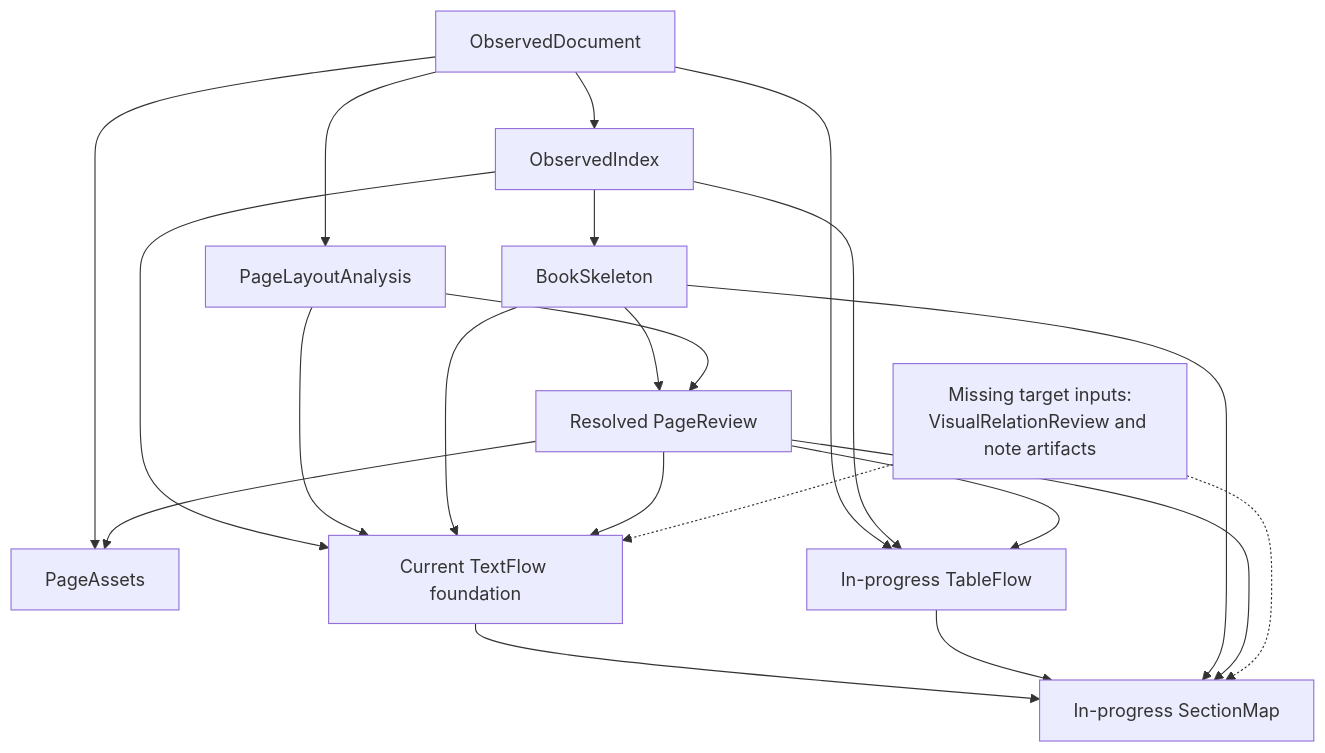
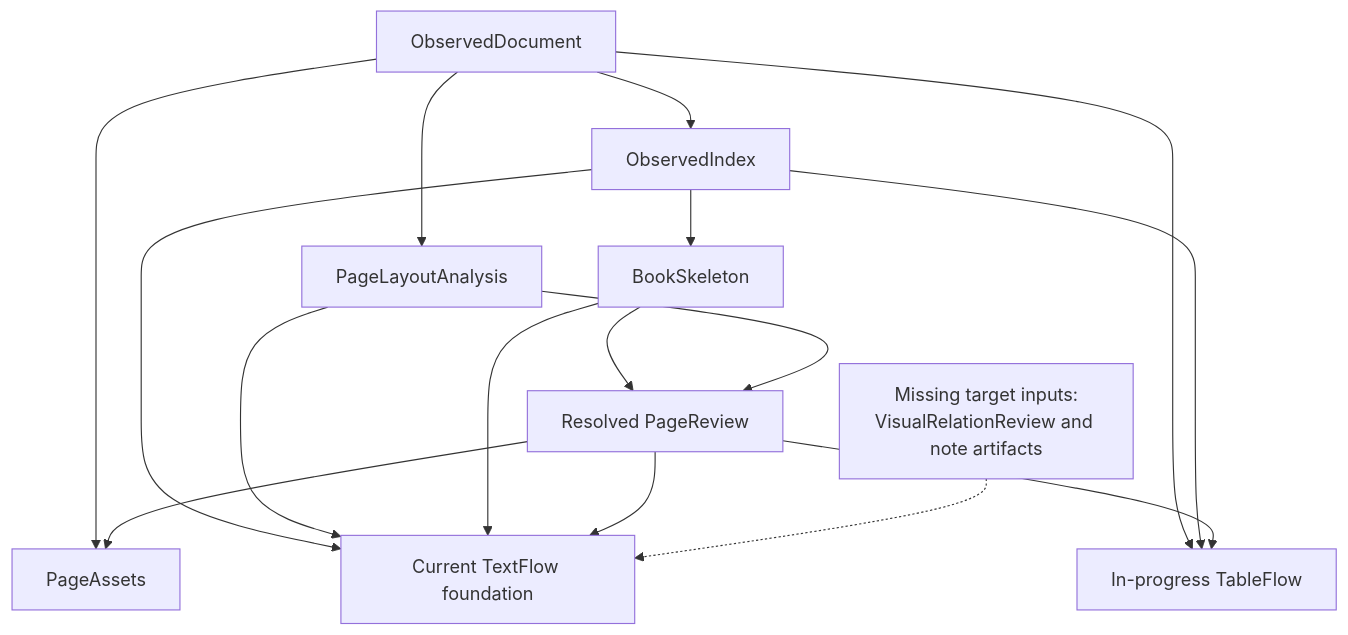
Before and after one commit to jenslewie/inkline: the third of 3 diagrams in docs/architecture.md, drawn with Mermaid. The commit also changed other lines of this file and 44 other files, not shown here.

````diff
--- a/docs/architecture.md
+++ b/docs/architecture.md
@@ -138,34 +139,28 @@
 ```mermaid
 flowchart TD
     observed["ObservedDocument"]
     index["ObservedIndex"]
     layout["PageLayoutAnalysis"]
     skeleton["BookSkeleton"]
     review["Resolved PageReview"]
     assets["PageAssets"]
     currentFlow["Current TextFlow foundation"]
     currentTables["In-progress TableFlow"]
-    currentSection["In-progress SectionMap"]
     missing["Missing target inputs:<br/>VisualRelationReview and note artifacts"]
 
     observed --> index
     observed --> layout
     index --> skeleton
     skeleton --> review
     layout --> review
     observed --> assets
     review --> assets
     index --> currentFlow
     layout --> currentFlow
     skeleton --> currentFlow
     review --> currentFlow
     observed --> currentTables
     index --> currentTables
     review --> currentTables
-    currentFlow --> currentSection
-    currentTables --> currentSection
-    skeleton --> currentSection
-    review --> currentSection
     missing -.-> currentFlow
-    missing -.-> currentSection
 ```
````
